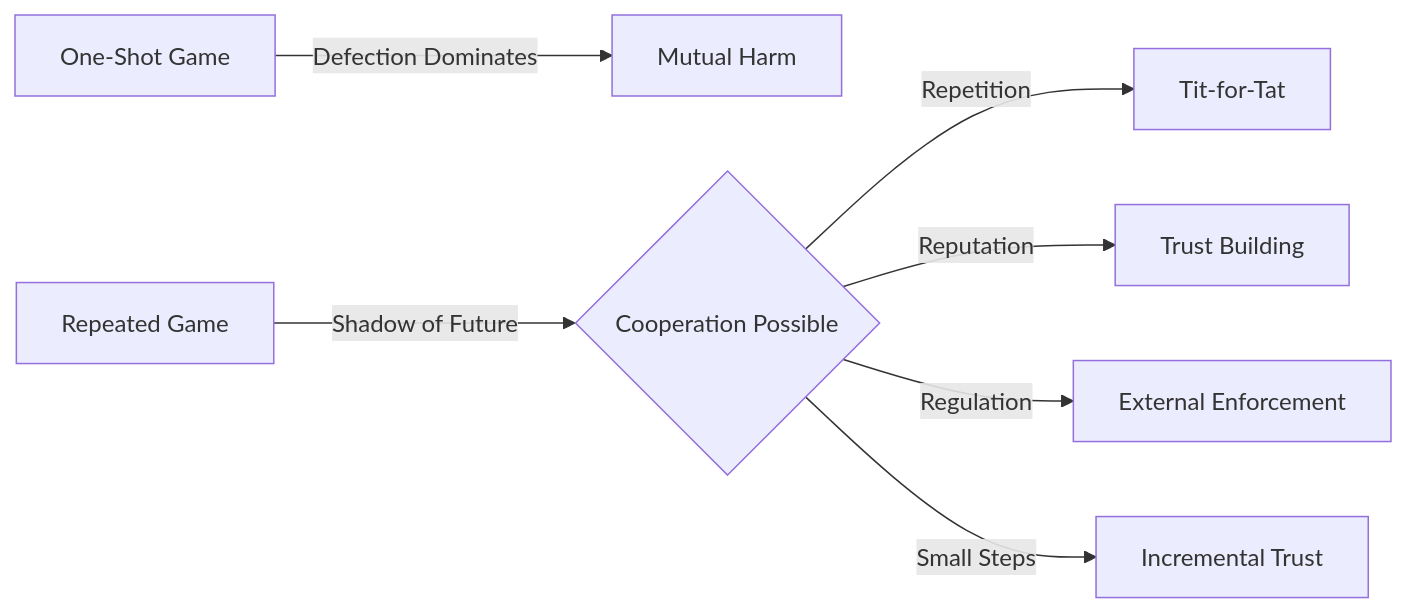
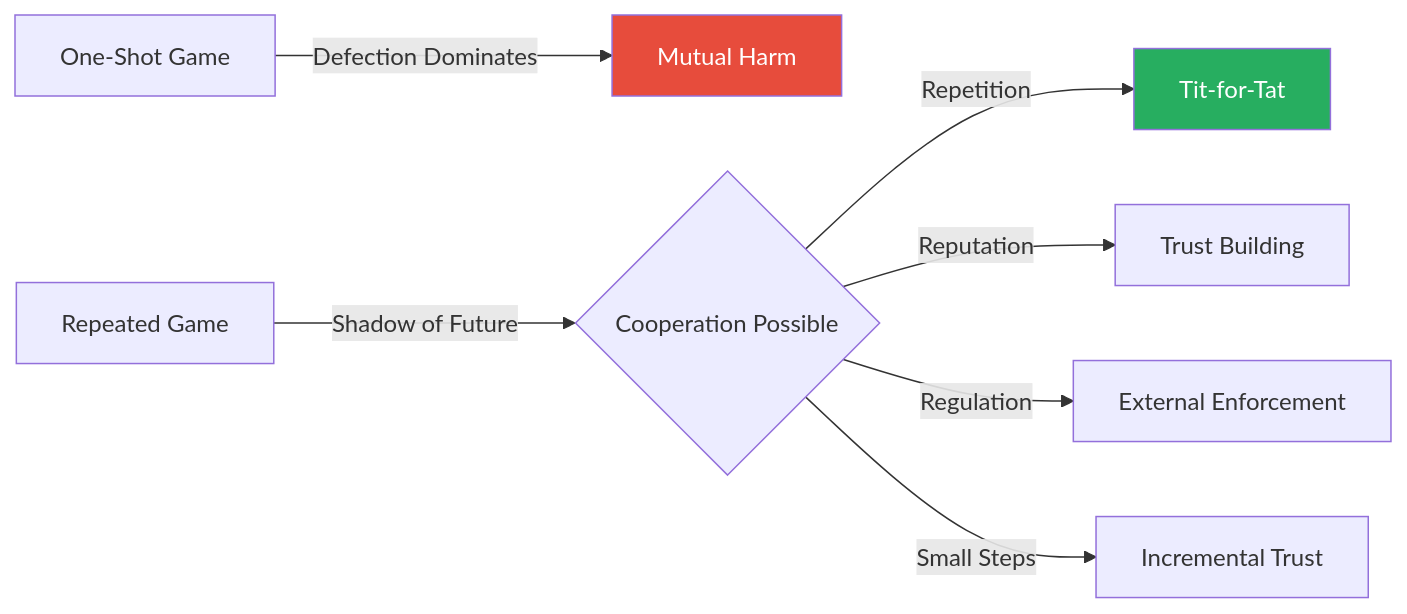
The third of 7 diagrams in summaries/Strategy & Systems Thinking/Thinking Strategically - Avinash K. Dixit & Barry J. Nalebuff.md (alius33/reader), drawn with Mermaid before and after one commit. The commit also changed other lines of this file and 272 other files, not shown here.

````diff
--- a/summaries/Strategy & Systems Thinking/Thinking Strategically - Avinash K. Dixit & Barry J. Nalebuff.md
+++ b/summaries/Strategy & Systems Thinking/Thinking Strategically - Avinash K. Dixit & Barry J. Nalebuff.md
@@ -300,9 +383,11 @@
 ```mermaid
 flowchart LR
     A[One-Shot Game] -->|Defection Dominates| B[Mutual Harm]
     C[Repeated Game] -->|Shadow of Future| D{Cooperation Possible}
     D -->|Repetition| E[Tit-for-Tat]
     D -->|Reputation| F[Trust Building]
     D -->|Regulation| G[External Enforcement]
     D -->|Small Steps| H[Incremental Trust]
+    style B fill:#e74c3c,color:#fff
+    style E fill:#27ae60,color:#fff
 ```
````
